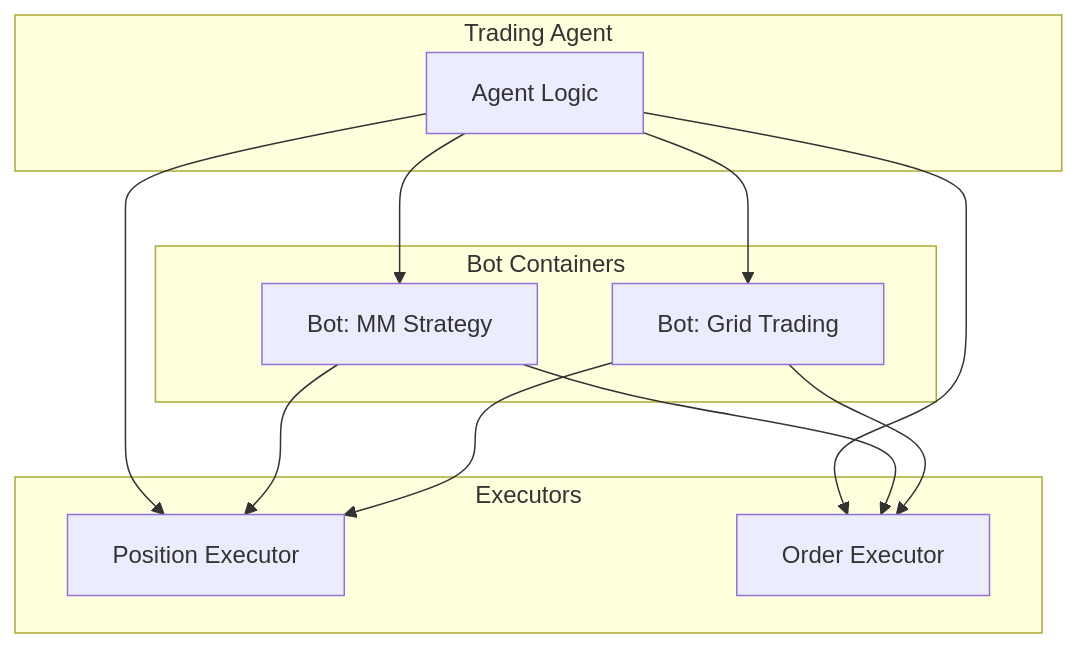
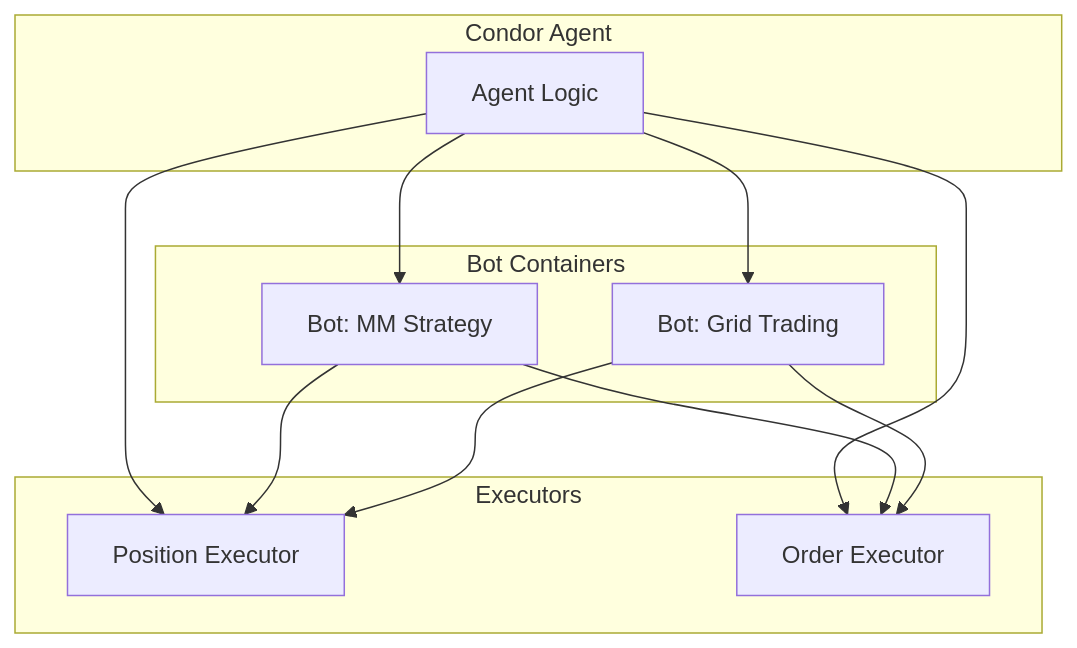
One commit to hummingbot/condor-docs changed the diagram in bots/overview.mdx. Above: the diagram before and after it, drawn with Mermaid. The commit also changed 11 other files, not shown here.

First line of the commit message:
Condor Agents: rename the Agent Architecture group and Trading Agent throughout

````diff
--- a/bots/overview.mdx
+++ b/bots/overview.mdx
@@ -17,20 +17,20 @@
 ```mermaid
 flowchart TB
-    subgraph Agent["Trading Agent"]
+    subgraph Agent["Condor Agent"]
         A[Agent Logic]
     end
 
     subgraph Bots["Bot Containers"]
         B1[Bot: MM Strategy]
         B2[Bot: Grid Trading]
     end
 
     subgraph Executors["Executors"]
         E1[Position Executor]
         E2[Order Executor]
     end
 
     A --> B1 & B2
     A --> E1 & E2
     B1 & B2 --> E1 & E2
 ```
````
